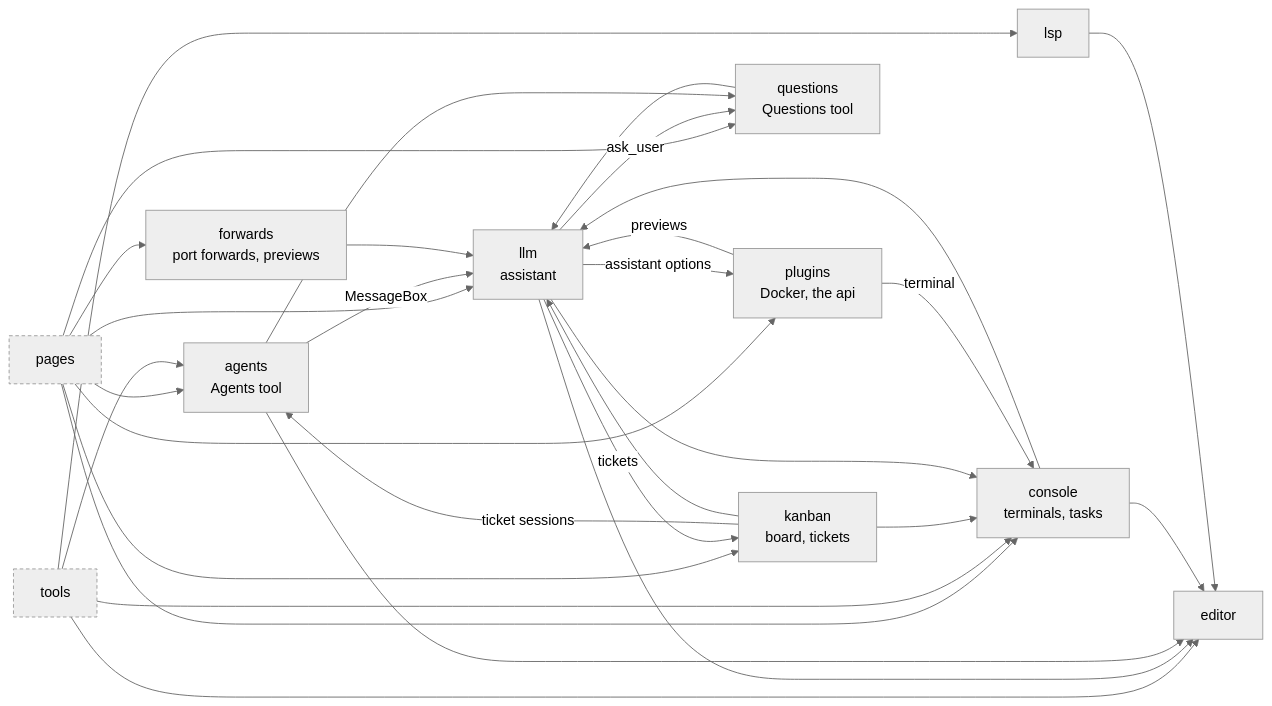
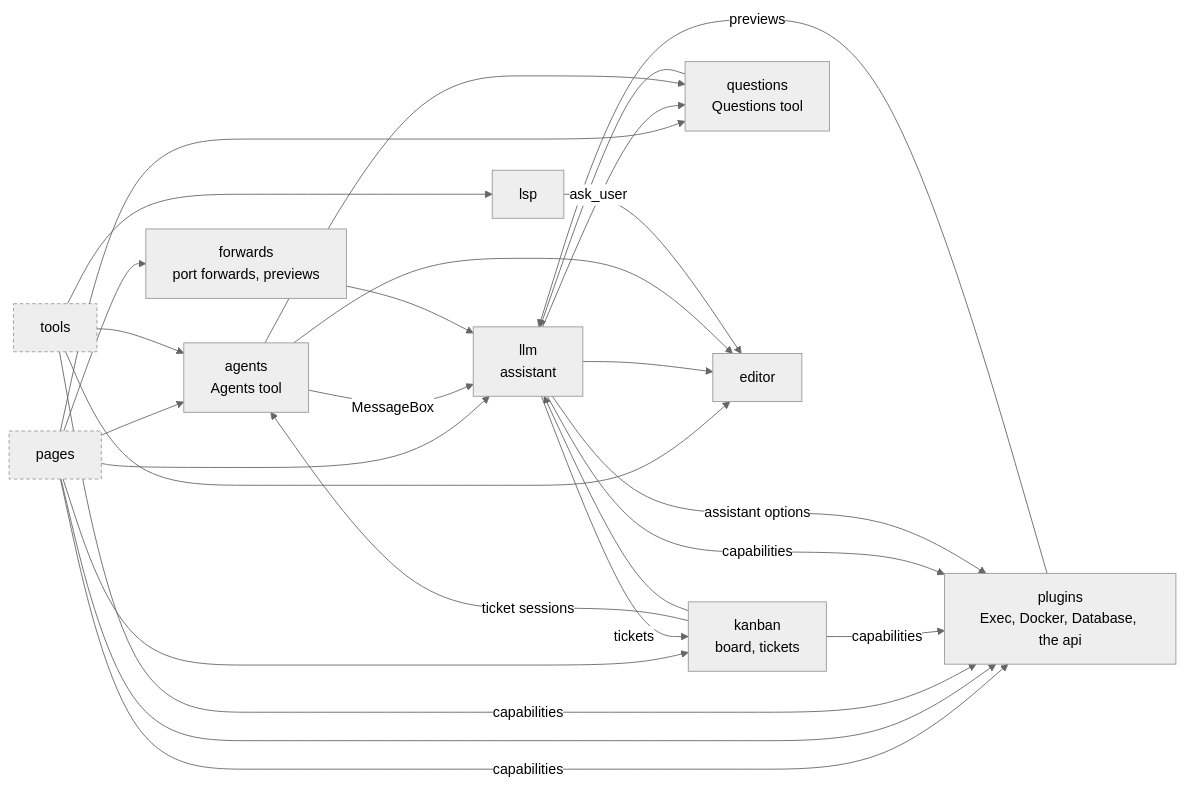
One commit to DrSmithFr/web-ide changed the second of 2 diagrams in web/src/README.md. Above: the diagram before and after it, drawn with Mermaid (neutral theme). The commit also changed other lines of this file and 53 other files, not shown here.

First line of the commit message:
#116 Plugins: Exec (Console, project commands) provides terminal and commands

````diff
--- a/web/src/README.md
+++ b/web/src/README.md
@@ -43,45 +43,41 @@
 ```mermaid
 flowchart LR
   pages["pages"]
   tools["tools"]
   kanban["kanban<br/>board, tickets"]
   llm["llm<br/>assistant"]
   agents["agents<br/>Agents tool"]
   questions["questions<br/>Questions tool"]
-  plugins["plugins<br/>Docker, the api"]
+  plugins["plugins<br/>Exec, Docker, Database, the api"]
   forwards["forwards<br/>port forwards, previews"]
-  console["console<br/>terminals, tasks"]
   editor["editor"]
   lsp["lsp"]
   pages --> agents
-  pages --> console
+  pages -->|"capabilities"| plugins
   pages --> forwards
   pages --> plugins
   pages --> kanban
   pages --> llm
   pages --> questions
   tools --> agents
-  tools --> console
+  tools -->|"capabilities"| plugins
   tools --> editor
   tools --> lsp
   kanban -->|"ticket sessions"| agents
-  kanban --> console
+  kanban -->|"capabilities"| plugins
   kanban --> llm
-  llm --> console
+  llm -->|"capabilities"| plugins
   llm -->|"assistant options"| plugins
   llm --> editor
   llm -->|"tickets"| kanban
   llm -->|"ask_user"| questions
   agents --> editor
   agents -->|"MessageBox"| llm
   agents --> questions
   questions --> llm
-  plugins -->|"terminal"| console
   plugins -->|"previews"| llm
   forwards --> llm
-  console --> editor
-  console --> llm
   lsp --> editor
   classDef other stroke-dasharray: 4 3
   class pages,tools other
 ```
````
